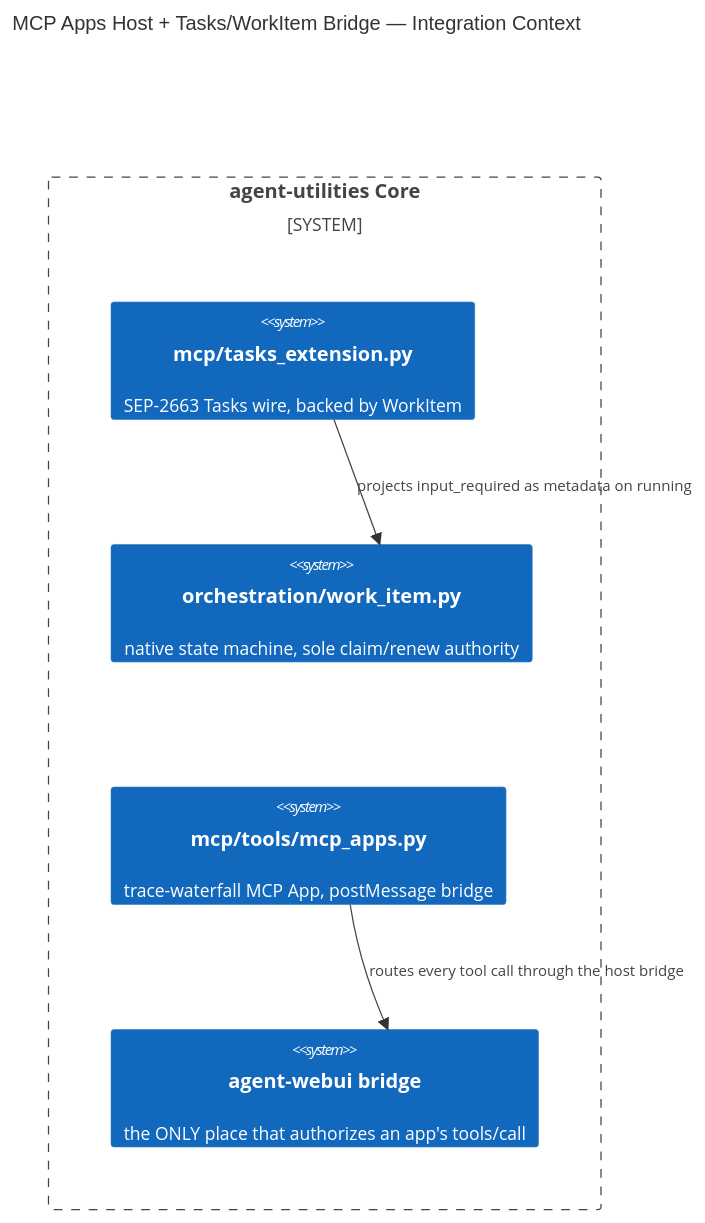
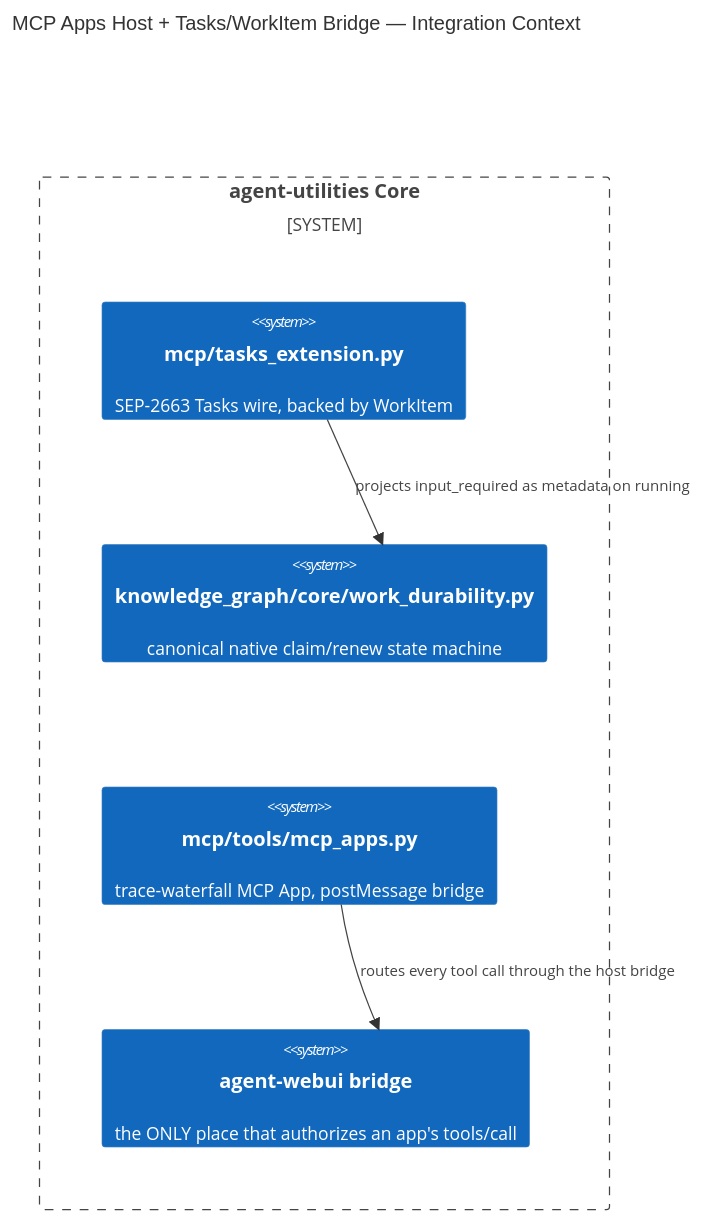
Before and after one commit to Knuckles-Team/agent-utilities: the diagram in .specify/design/mcp-apps-and-tasks-bridge/design.md, drawn with Mermaid. The commit also changed other lines of this file and 191 other files, not shown here.

````diff
--- a/.specify/design/mcp-apps-and-tasks-bridge/design.md
+++ b/.specify/design/mcp-apps-and-tasks-bridge/design.md
@@ -62,12 +62,12 @@
 ```mermaid
 C4Context
     title MCP Apps Host + Tasks/WorkItem Bridge — Integration Context
     System_Boundary(b1, "agent-utilities Core") {
         System(tasks, "mcp/tasks_extension.py", "SEP-2663 Tasks wire, backed by WorkItem")
-        System(workitem, "orchestration/work_item.py", "native state machine, sole claim/renew authority")
+        System(workitem, "knowledge_graph/core/work_durability.py", "canonical native claim/renew state machine")
         System(apps, "mcp/tools/mcp_apps.py", "trace-waterfall MCP App, postMessage bridge")
         System(webui, "agent-webui bridge", "the ONLY place that authorizes an app's tools/call")
     }
     Rel(tasks, workitem, "projects input_required as metadata on running")
     Rel(apps, webui, "routes every tool call through the host bridge")
 ```
````
